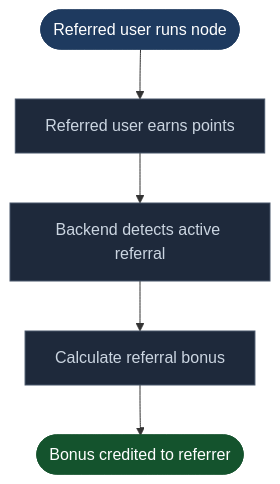
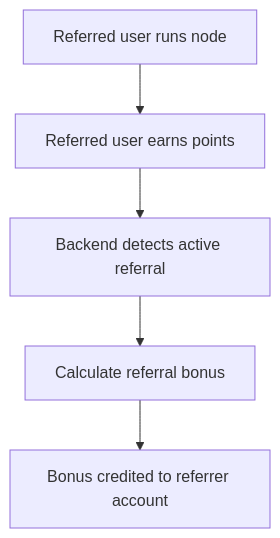
One commit to Nexora-Node/Docs changed the second of 2 diagrams in referrals.md. Above: the diagram before and after it, drawn with Mermaid. The commit also changed other lines of this file and 5 other files, not shown here.

Commit message:
docs: remove all custom styles, simplify diagrams for clean GitBook render

````diff
--- a/referrals.md
+++ b/referrals.md
@@ -37,13 +29,7 @@
 ```mermaid
 flowchart TD
-    A([Referred user runs node]) --> B[Referred user earns points]
+    A[Referred user runs node] --> B[Referred user earns points]
     B --> C[Backend detects active referral]
     C --> D[Calculate referral bonus]
-    D --> E([Bonus credited to referrer])
-
-    style A fill:#1e3a5f,stroke:#1e3a5f,color:#fff
-    style B fill:#1e293b,stroke:#475569,color:#cbd5e1
-    style C fill:#1e293b,stroke:#475569,color:#cbd5e1
-    style D fill:#1e293b,stroke:#475569,color:#cbd5e1
-    style E fill:#14532d,stroke:#14532d,color:#fff
+    D --> E[Bonus credited to referrer account]
 ```
````
